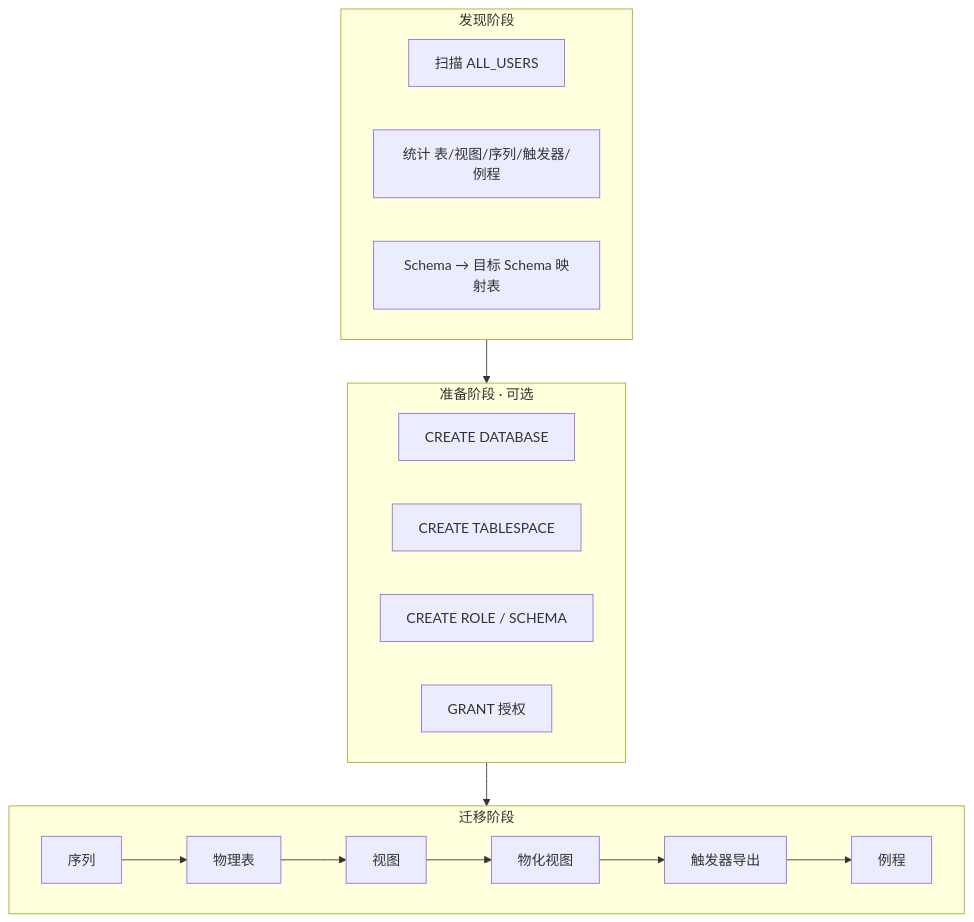
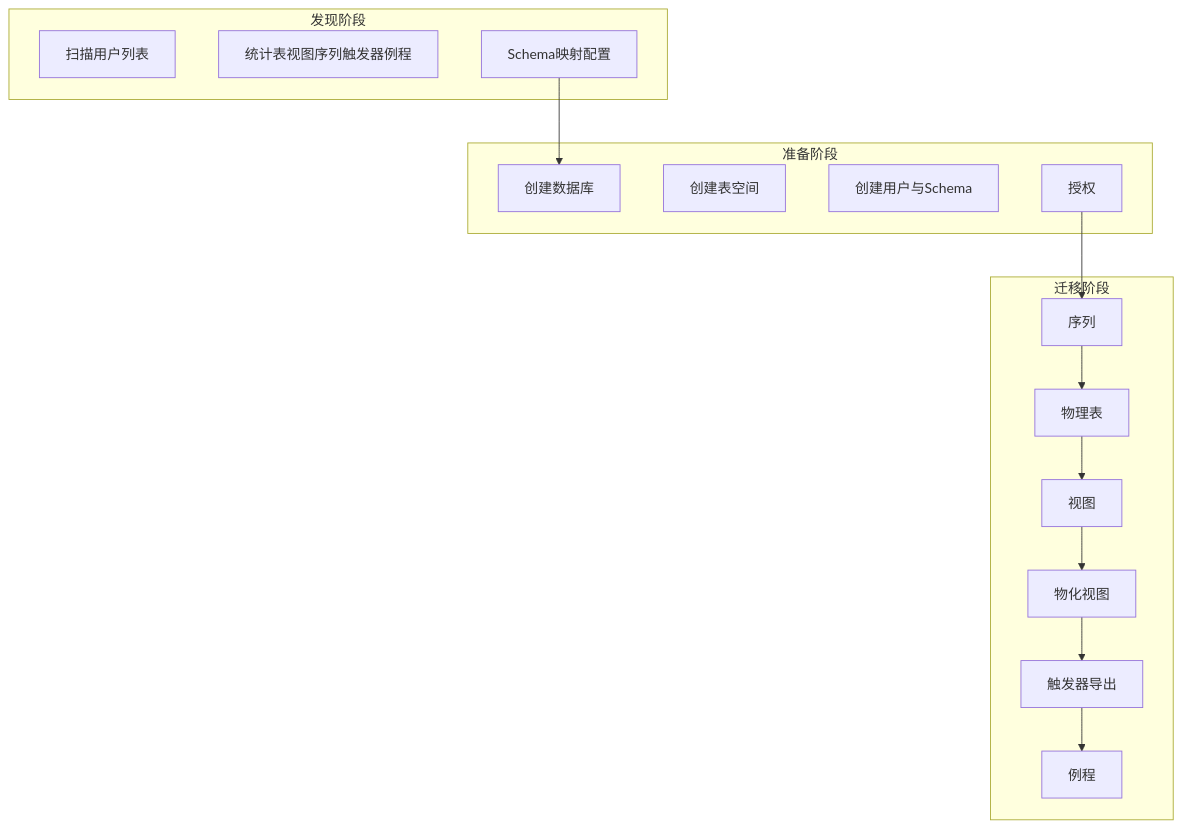
Before and after one commit to hayratjan/oracle2polardb_pg: the third of 5 diagrams in README.md, drawn with Mermaid. The commit also changed other lines of this file and 5 other files, not shown here.

First line of the commit message:
docs: 美化 README 文档并修复 Mermaid 10.9.3 语法兼容性

````diff
--- a/README.md
+++ b/README.md
@@ -153,24 +259,25 @@
 ```mermaid
 flowchart TB
   subgraph discover [发现阶段]
-    D1["扫描 ALL_USERS"]
-    D2["统计 表/视图/序列/触发器/例程"]
-    D3["Schema → 目标 Schema 映射表"]
+    D1["扫描用户列表"]
+    D2["统计表视图序列触发器例程"]
+    D3["Schema映射配置"]
   end
-  subgraph prepare [准备阶段 · 可选]
-    P1["CREATE DATABASE"]
-    P2["CREATE TABLESPACE"]
-    P3["CREATE ROLE / SCHEMA"]
-    P4["GRANT 授权"]
+  subgraph prepare [准备阶段]
+    P1["创建数据库"]
+    P2["创建表空间"]
+    P3["创建用户与Schema"]
+    P4["授权"]
   end
   subgraph migrate [迁移阶段]
     M1["序列"]
     M2["物理表"]
     M3["视图"]
     M4["物化视图"]
     M5["触发器导出"]
     M6["例程"]
   end
-  discover --> prepare --> migrate
+  D3 --> P1
+  P4 --> M1
   M1 --> M2 --> M3 --> M4 --> M5 --> M6
 ```
````
